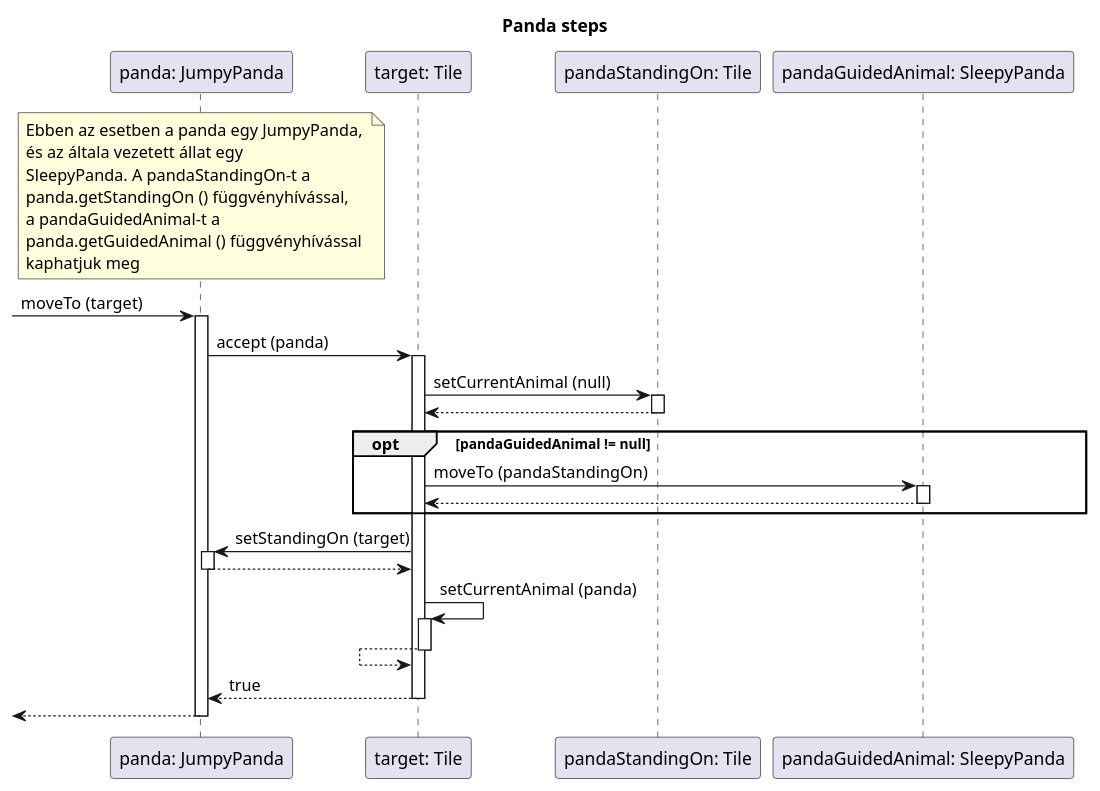
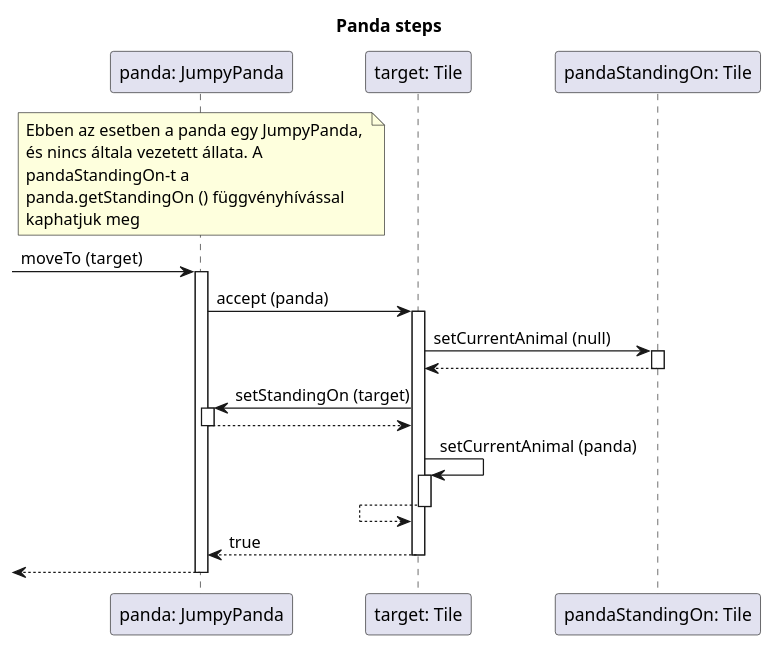
Before and after one commit to bokovhu/software-project-laboratory-assignment: the diagram in diagrams/SequenceDiagram_UseCases_PandaSteps.puml, drawn with PlantUML.

Commit message:
Fixed PandaSteps sequence diagram

```diff
--- a/diagrams/SequenceDiagram_UseCases_PandaSteps.puml
+++ b/diagrams/SequenceDiagram_UseCases_PandaSteps.puml
@@ -1,48 +1,38 @@
 @startuml
 
 title Panda steps
 
 'This is a single line comment
 
 participant "panda: JumpyPanda" as panda
 participant "target: Tile" as target
 participant "pandaStandingOn: Tile" as pandaStandingOn
-participant "pandaGuidedAnimal: SleepyPanda" as pandaGuidedAnimal
 
 note over panda
     Ebben az esetben a panda egy JumpyPanda, 
-    és az általa vezetett állat egy 
-    SleepyPanda. A pandaStandingOn-t a 
-    panda.getStandingOn () függvényhívással,
-    a pandaGuidedAnimal-t a 
-    panda.getGuidedAnimal () függvényhívással
+    és nincs általa vezetett állata. A 
+    pandaStandingOn-t a 
+    panda.getStandingOn () függvényhívással
     kaphatjuk meg
 end note
 
 [-> panda : moveTo (target)
 activate panda
 
 panda -> target ++ : accept (panda)
 
 target -> pandaStandingOn ++ : setCurrentAnimal (null)
 target <-- pandaStandingOn --
-
-opt pandaGuidedAnimal != null
-    
-    target -> pandaGuidedAnimal ++ : moveTo (pandaStandingOn)
-    target <-- pandaGuidedAnimal --
-    
-end
 
 target -> panda ++ : setStandingOn (target)
 target <-- panda --
 
 target -> target ++ : setCurrentAnimal (panda)
 target <-- target --
 
 panda <-- target -- : true
 
 [<-- panda
 deactivate panda
 
 @enduml
```
